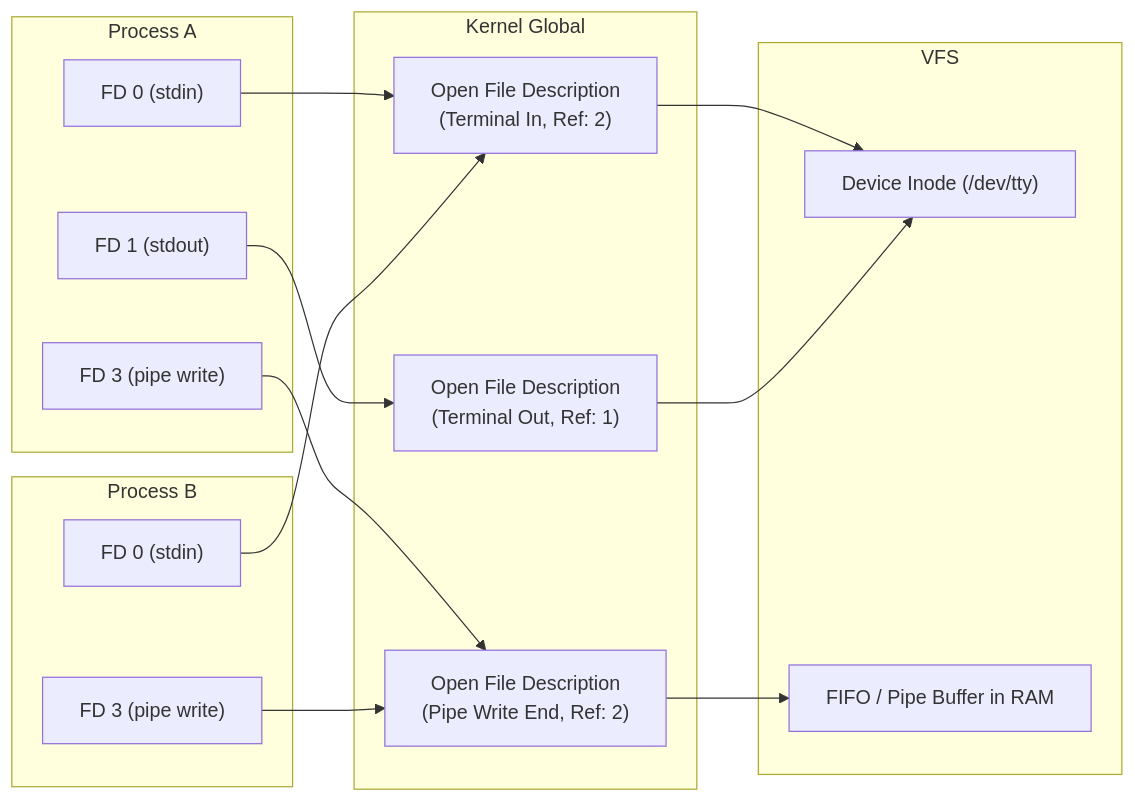
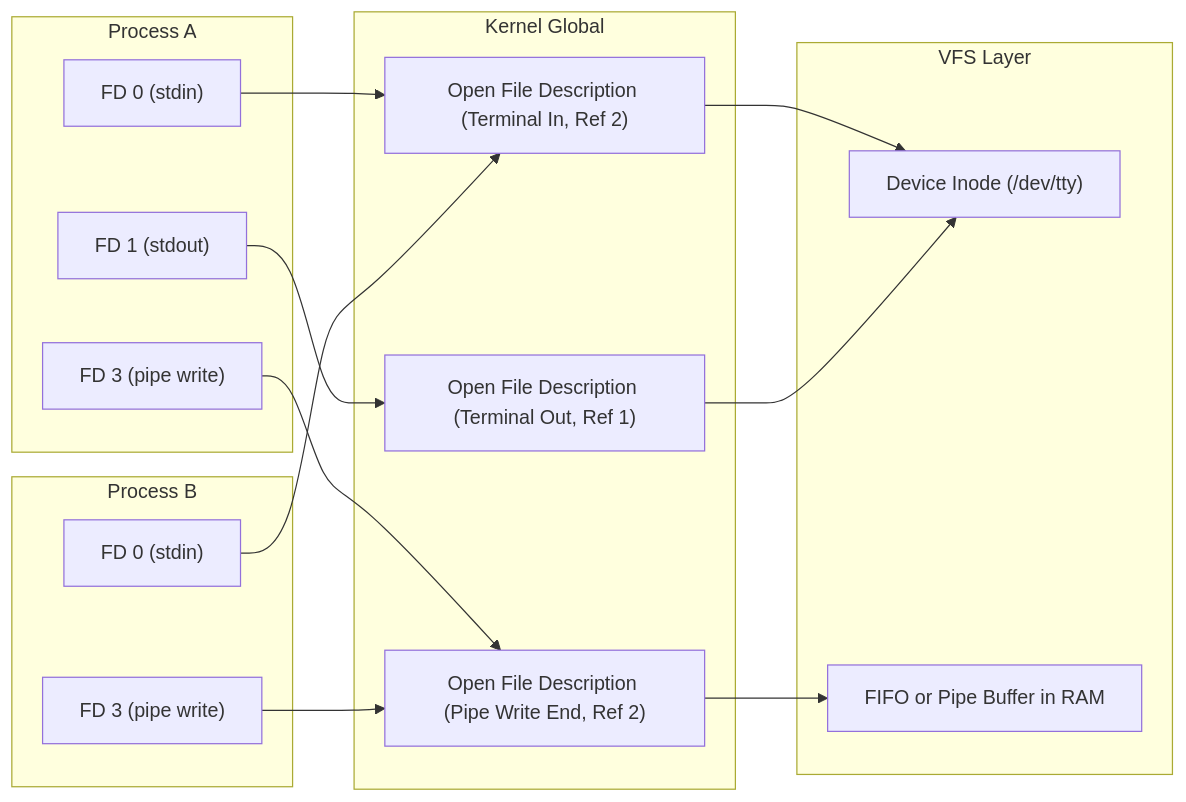
Before and after one commit to 42GS/minishell-wiki: the diagram in wiki/concepts/deep_dive_process_ipc_and_fd.md, drawn with Mermaid. The commit also changed 10 other files, not shown here.

Commit message:
[#1] fix(docs): resolve all mermaid syntax errors and broken render issues across wiki

````diff
--- a/wiki/concepts/deep_dive_process_ipc_and_fd.md
+++ b/wiki/concepts/deep_dive_process_ipc_and_fd.md
@@ -34,34 +34,34 @@
 ```mermaid
 graph LR
-    subgraph Process A
+    subgraph "Process A"
         FD0_A["FD 0 (stdin)"]
         FD1_A["FD 1 (stdout)"]
         FD3_A["FD 3 (pipe write)"]
     end
 
-    subgraph Process B
+    subgraph "Process B"
         FD0_B["FD 0 (stdin)"]
         FD3_B["FD 3 (pipe write)"]
     end
 
-    subgraph Kernel Global
-        OFT_TermIn["Open File Description<br/>(Terminal In, Ref: 2)"]
-        OFT_TermOut["Open File Description<br/>(Terminal Out, Ref: 1)"]
-        OFT_PipeW["Open File Description<br/>(Pipe Write End, Ref: 2)"]
+    subgraph "Kernel Global"
+        OFT_TermIn["Open File Description (Terminal In, Ref 2)"]
+        OFT_TermOut["Open File Description (Terminal Out, Ref 1)"]
+        OFT_PipeW["Open File Description (Pipe Write End, Ref 2)"]
     end
 
-    subgraph VFS
+    subgraph "VFS Layer"
         VFS_TTY["Device Inode (/dev/tty)"]
-        VFS_Pipe["FIFO / Pipe Buffer in RAM"]
+        VFS_Pipe["FIFO or Pipe Buffer in RAM"]
     end
 
     FD0_A --> OFT_TermIn
     FD0_B --> OFT_TermIn
     FD1_A --> OFT_TermOut
     FD3_A --> OFT_PipeW
     FD3_B --> OFT_PipeW
 
     OFT_TermIn --> VFS_TTY
     OFT_TermOut --> VFS_TTY
     OFT_PipeW --> VFS_Pipe
 ```
````
